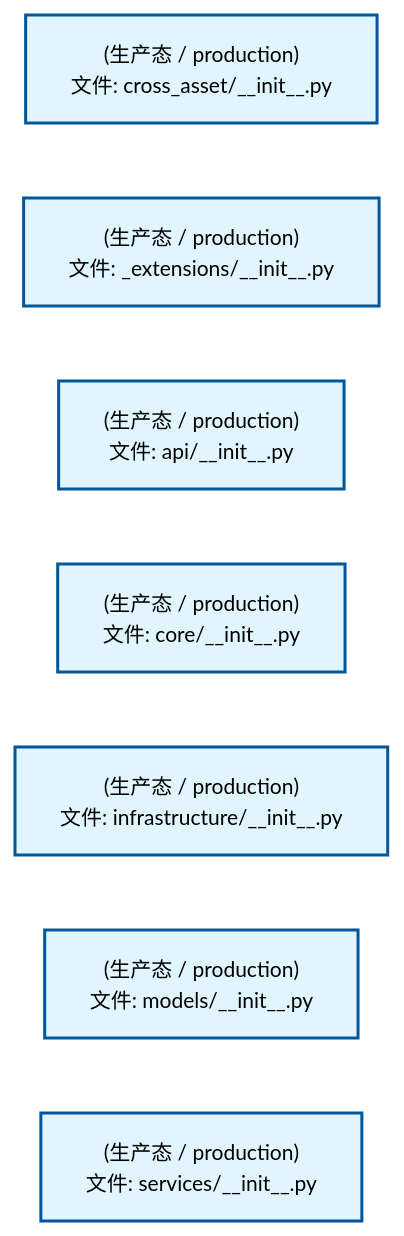
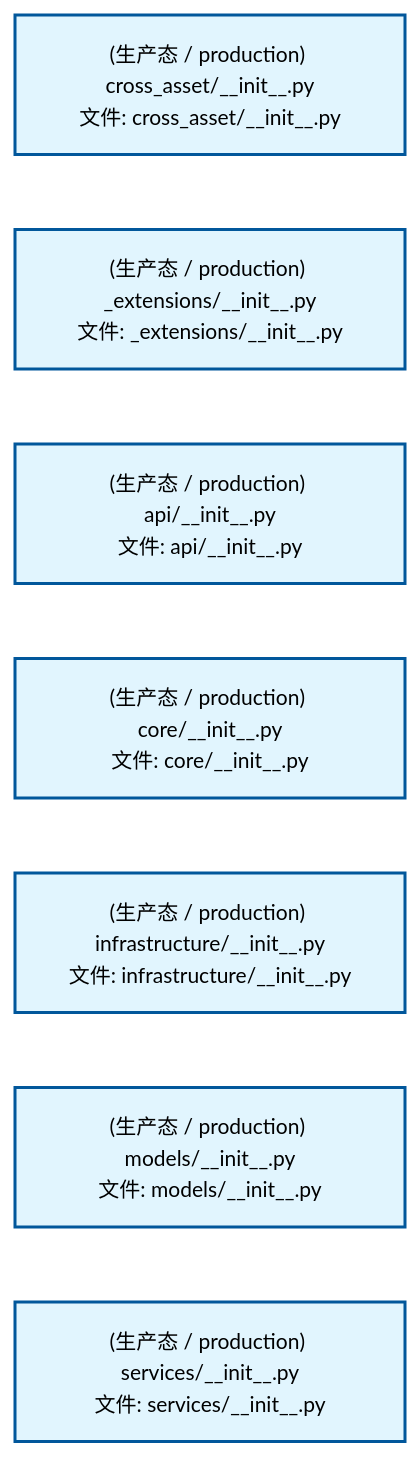
The first of 2 diagrams in docs/02_enterprise_architecture/02_domain_architecture_docs/40_d_cross_asset.md (xuanFelixVan/ZephyrAlpha), drawn with Mermaid before and after one commit. The commit also changed other lines of this file and 77 other files, not shown here.

````diff
--- a/docs/02_enterprise_architecture/02_domain_architecture_docs/40_d_cross_asset.md
+++ b/docs/02_enterprise_architecture/02_domain_architecture_docs/40_d_cross_asset.md
@@ -53,22 +53,22 @@
 ```mermaid
 %%{init: {'theme': 'base', 'themeVariables': {'primaryColor': '#eaeaea', 'primaryTextColor': '#333333', 'primaryBorderColor': '#666666', 'lineColor': '#666666', 'secondaryColor': '#eaeaea', 'tertiaryColor': '#eaeaea', 'fontSize': '14px'}}}%%
 flowchart TD
-    src_zephyr_cross_asset_init_py["(生产态 / production)<br/>文件: cross_asset/__init__.py"]
-    src_zephyr_cross_asset_extensions_init_py["(生产态 / production)<br/>文件: _extensions/__init__.py"]
-    src_zephyr_cross_asset_api_init_py["(生产态 / production)<br/>文件: api/__init__.py"]
-    src_zephyr_cross_asset_core_init_py["(生产态 / production)<br/>文件: core/__init__.py"]
-    src_zephyr_cross_asset_infrastructure_init_py["(生产态 / production)<br/>文件: infrastructure/__init__.py"]
-    src_zephyr_cross_asset_models_init_py["(生产态 / production)<br/>文件: models/__init__.py"]
-    src_zephyr_cross_asset_services_init_py["(生产态 / production)<br/>文件: services/__init__.py"]
+    src_zephyr_cross_asset_init_py["(生产态 / production) cross_asset/__init__.py<br/>文件: cross_asset/__init__.py"]
+    src_zephyr_cross_asset_extensions_init_py["(生产态 / production) _extensions/__init__.py<br/>文件: _extensions/__init__.py"]
+    src_zephyr_cross_asset_api_init_py["(生产态 / production) api/__init__.py<br/>文件: api/__init__.py"]
+    src_zephyr_cross_asset_core_init_py["(生产态 / production) core/__init__.py<br/>文件: core/__init__.py"]
+    src_zephyr_cross_asset_infrastructure_init_py["(生产态 / production) infrastructure/__init__.py<br/>文件: infrastructure/__init__.py"]
+    src_zephyr_cross_asset_models_init_py["(生产态 / production) models/__init__.py<br/>文件: models/__init__.py"]
+    src_zephyr_cross_asset_services_init_py["(生产态 / production) services/__init__.py<br/>文件: services/__init__.py"]
     src_zephyr_cross_asset_init_py ~~~ src_zephyr_cross_asset_extensions_init_py
     src_zephyr_cross_asset_extensions_init_py ~~~ src_zephyr_cross_asset_api_init_py
     src_zephyr_cross_asset_api_init_py ~~~ src_zephyr_cross_asset_core_init_py
     src_zephyr_cross_asset_core_init_py ~~~ src_zephyr_cross_asset_infrastructure_init_py
     src_zephyr_cross_asset_infrastructure_init_py ~~~ src_zephyr_cross_asset_models_init_py
     src_zephyr_cross_asset_models_init_py ~~~ src_zephyr_cross_asset_services_init_py
     classDef production fill:#e1f5fe,stroke:#01579b,stroke-width:2px,color:#000
     classDef design fill:#fff3e0,stroke:#e65100,stroke-width:2px,color:#000,stroke-dasharray: 5 5
     classDef external_prod fill:#e8f4fd,stroke:#0277bd,stroke-width:1px,color:#000
     classDef external_design fill:#fff8e7,stroke:#ef6c00,stroke-width:1px,color:#000,stroke-dasharray: 5 5
     class src_zephyr_cross_asset_init_py,src_zephyr_cross_asset_extensions_init_py,src_zephyr_cross_asset_api_init_py,src_zephyr_cross_asset_core_init_py,src_zephyr_cross_asset_infrastructure_init_py,src_zephyr_cross_asset_models_init_py,src_zephyr_cross_asset_services_init_py production
 ```
````
